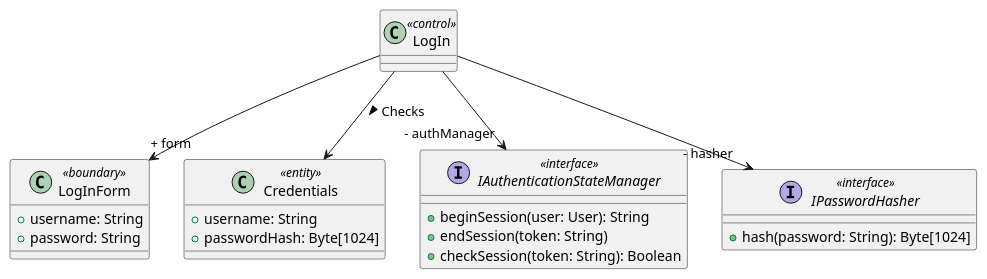
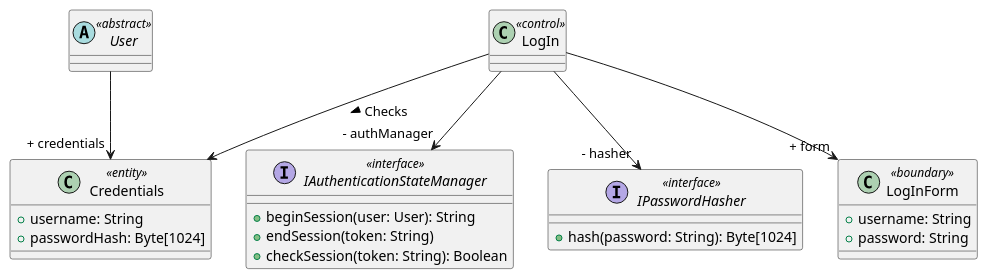
Before and after one commit to bmb0136/COMP-3700-Project: the second of 2 diagrams in Use Cases/LogIn.iuml, drawn with PlantUML.

Commit message:
associate User <> Credentials

```diff
--- a/Use Cases/LogIn.iuml
+++ b/Use Cases/LogIn.iuml
@@ -28,23 +28,25 @@
 @startuml Log In Object Model
 class LogIn <<control>> {}
 class LogInForm <<boundary>> {
   + username: String
   + password: String
 }
 class Credentials <<entity>> {
   + username: String
   + passwordHash: Byte[1024]
 }
+abstract class User <<abstract>> {}
+User --> "+ credentials" Credentials
 interface IAuthenticationStateManager <<interface>> {
   + beginSession(user: User): String
   + endSession(token: String)
   + checkSession(token: String): Boolean
 }
 interface IPasswordHasher <<interface>> {
   + hash(password: String): Byte[1024]
 }
 LogIn --> "+ form" LogInForm
 LogIn --> Credentials : Checks >
 LogIn --> "- hasher" IPasswordHasher
 LogIn --> "- authManager" IAuthenticationStateManager
 @enduml
```
